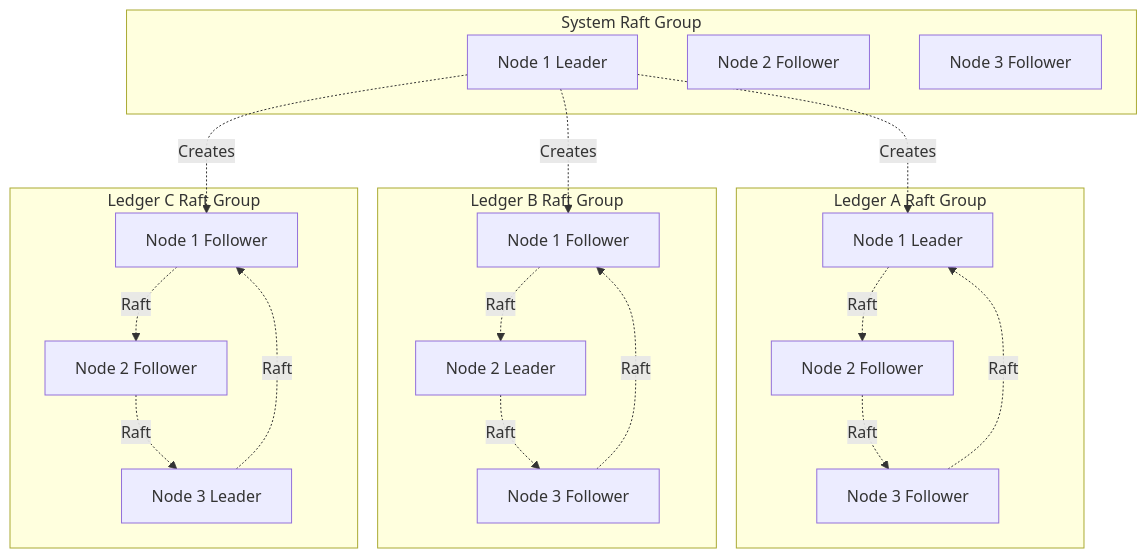
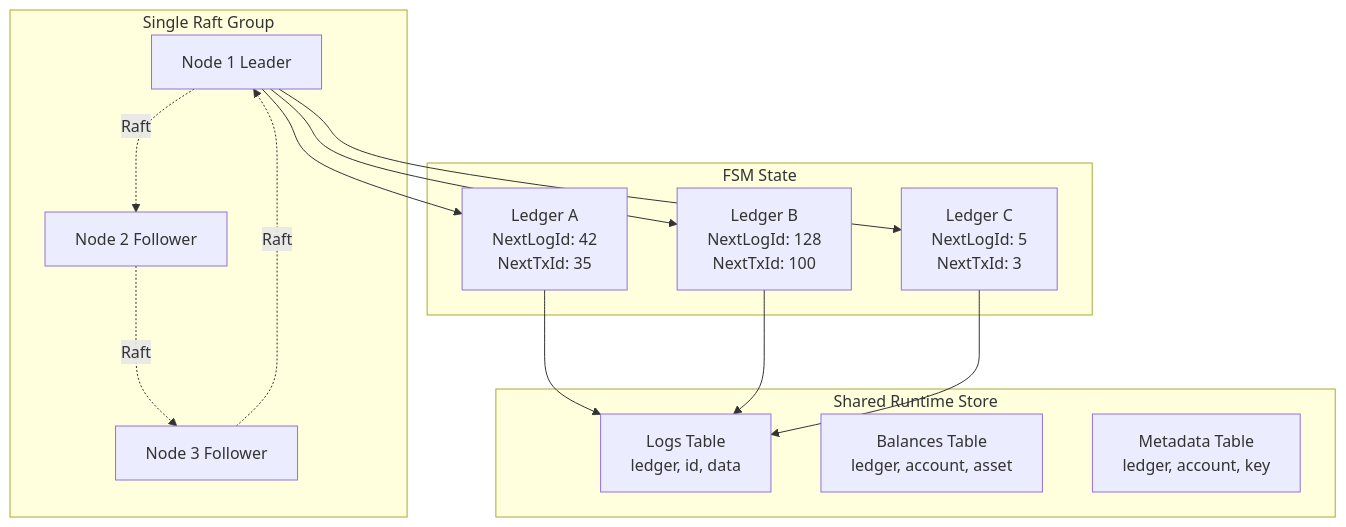
Before and after one commit to formancehq/ledger: the first of 4 diagrams in docs/buckets-ledgers.md, drawn with Mermaid. The commit also changed other lines of this file and 41 other files, not shown here.

````diff
--- a/docs/buckets-ledgers.md
+++ b/docs/buckets-ledgers.md
@@ -9,42 +9,32 @@
 ```mermaid
 graph TB
-    subgraph "System Raft Group"
-        S1[Node 1 Leader]
-        S2[Node 2 Follower]
-        S3[Node 3 Follower]
+    subgraph "Single Raft Group"
+        N1[Node 1 Leader]
+        N2[Node 2 Follower]
+        N3[Node 3 Follower]
     end
     
-    subgraph "Ledger A Raft Group"
-        LA1[Node 1 Leader]
-        LA2[Node 2 Follower]
-        LA3[Node 3 Follower]
+    subgraph "FSM State"
+        LedgerA[Ledger A<br/>NextLogId: 42<br/>NextTxId: 35]
+        LedgerB[Ledger B<br/>NextLogId: 128<br/>NextTxId: 100]
+        LedgerC[Ledger C<br/>NextLogId: 5<br/>NextTxId: 3]
     end
     
-    subgraph "Ledger B Raft Group"
-        LB1[Node 1 Follower]
-        LB2[Node 2 Leader]
-        LB3[Node 3 Follower]
+    subgraph "Shared Runtime Store"
+        Logs[Logs Table<br/>ledger, id, data]
+        Balances[Balances Table<br/>ledger, account, asset]
+        Metadata[Metadata Table<br/>ledger, account, key]
     end
     
-    subgraph "Ledger C Raft Group"
-        LC1[Node 1 Follower]
-        LC2[Node 2 Follower]
-        LC3[Node 3 Leader]
-    end
+    N1 -.Raft.-> N2
+    N2 -.Raft.-> N3
+    N3 -.Raft.-> N1
     
-    S1 -.Creates.-> LA1
-    S1 -.Creates.-> LB1
-    S1 -.Creates.-> LC1
+    N1 --> LedgerA
+    N1 --> LedgerB
+    N1 --> LedgerC
     
-    LA1 -.Raft.-> LA2
-    LA2 -.Raft.-> LA3
-    LA3 -.Raft.-> LA1
-    
-    LB1 -.Raft.-> LB2
-    LB2 -.Raft.-> LB3
-    LB3 -.Raft.-> LB1
-    
-    LC1 -.Raft.-> LC2
-    LC2 -.Raft.-> LC3
-    LC3 -.Raft.-> LC1
+    LedgerA --> Logs
+    LedgerB --> Logs
+    LedgerC --> Logs
 ```
````
